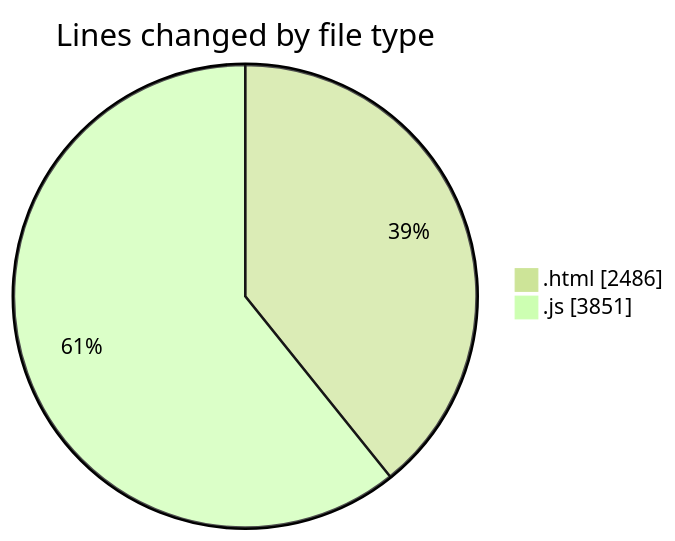
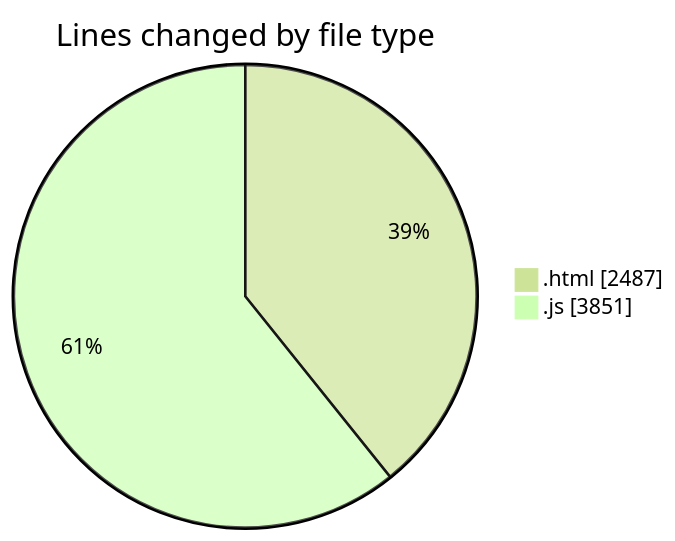
Before and after one commit to becaeroporto-bot/code-tracking: the first of 2 diagrams in 2026-02-19/bot_v1_2/README.md, drawn with Mermaid (forest theme). The commit also changed other lines of this file and 1 other file, not shown here.

````diff
--- a/2026-02-19/bot_v1_2/README.md
+++ b/2026-02-19/bot_v1_2/README.md
@@ -28,6 +28,6 @@
 ```mermaid
 pie showData
 title Lines changed by file type
-".html" : 2486
+".html" : 2487
 ".js" : 3851
 ```
````
